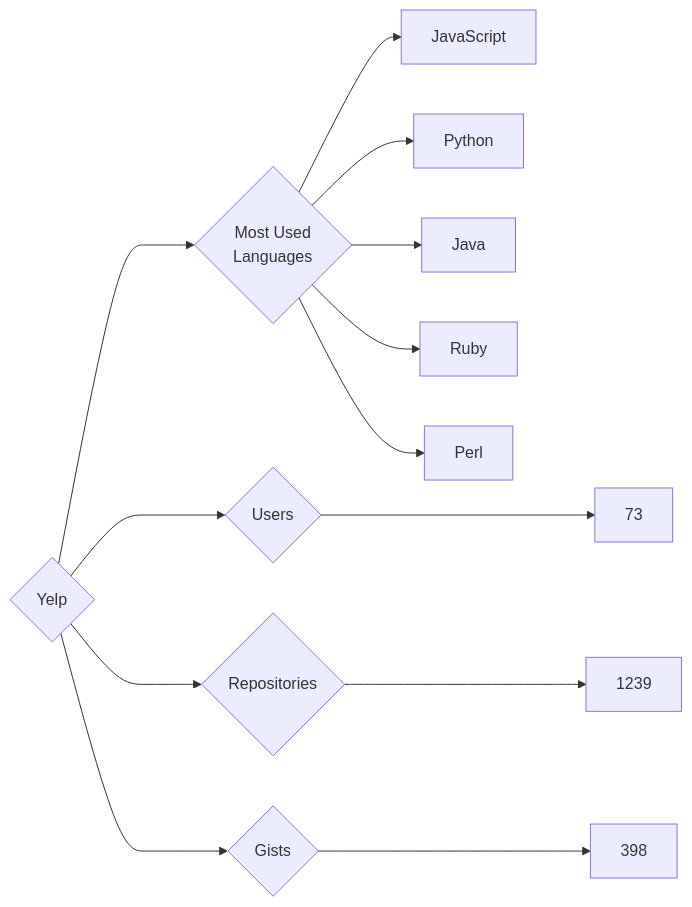
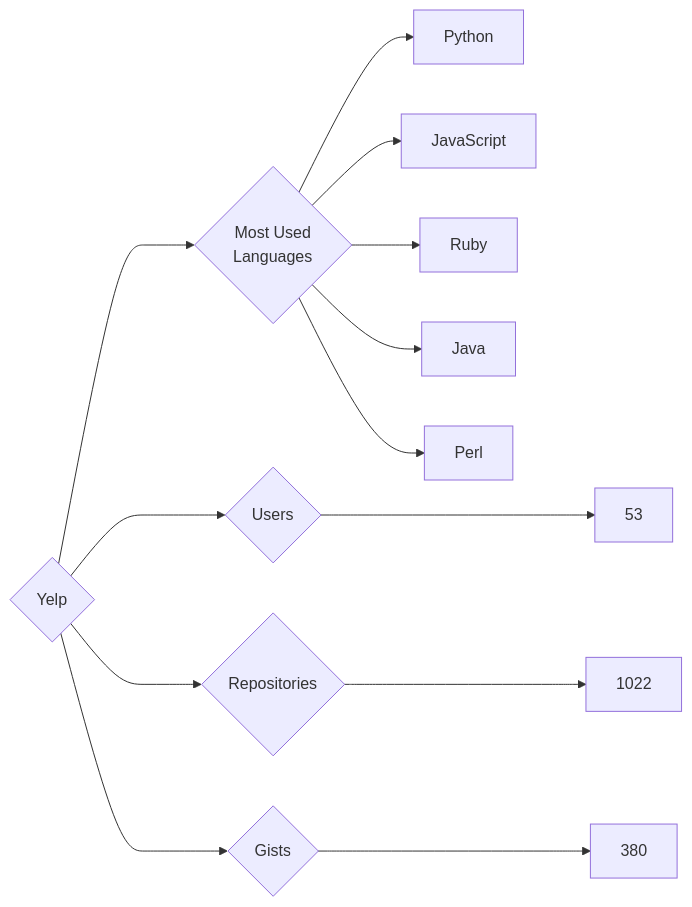
Before and after one commit to trickest/insiders: the diagram in targets/Yelp/README.md, drawn with Mermaid. The commit also changed 972 other files, not shown here.

````diff
--- a/targets/Yelp/README.md
+++ b/targets/Yelp/README.md
@@ -3,13 +3,13 @@
 ```mermaid
 graph LR
 COMPANY_NAME{Yelp}
-COMPANY_NAME ---> U{Users} ---> UN[73]
-COMPANY_NAME ---> R{Repositories} ---> RN[1239]
-COMPANY_NAME ---> G{Gists} ---> GN[398]
+COMPANY_NAME ---> U{Users} ---> UN[53]
+COMPANY_NAME ---> R{Repositories} ---> RN[1022]
+COMPANY_NAME ---> G{Gists} ---> GN[380]
 COMPANY_NAME ---> ML{Most Used<br>Languages}
+ML --> Python[Python]
 ML --> JavaScript[JavaScript]
-ML --> Python[Python]
+ML --> Ruby[Ruby]
 ML --> Java[Java]
-ML --> Ruby[Ruby]
 ML --> Perl[Perl]
 ```
````
